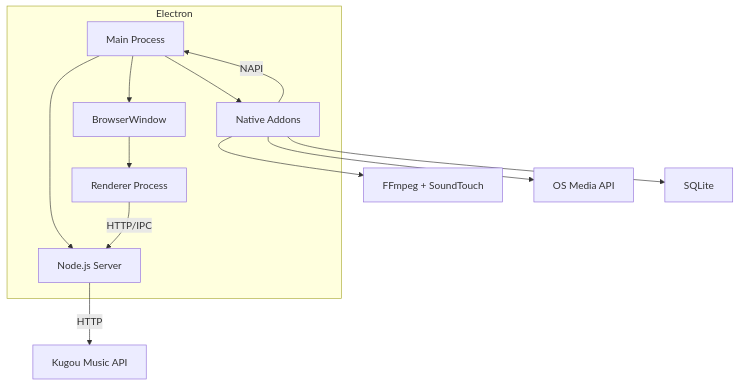
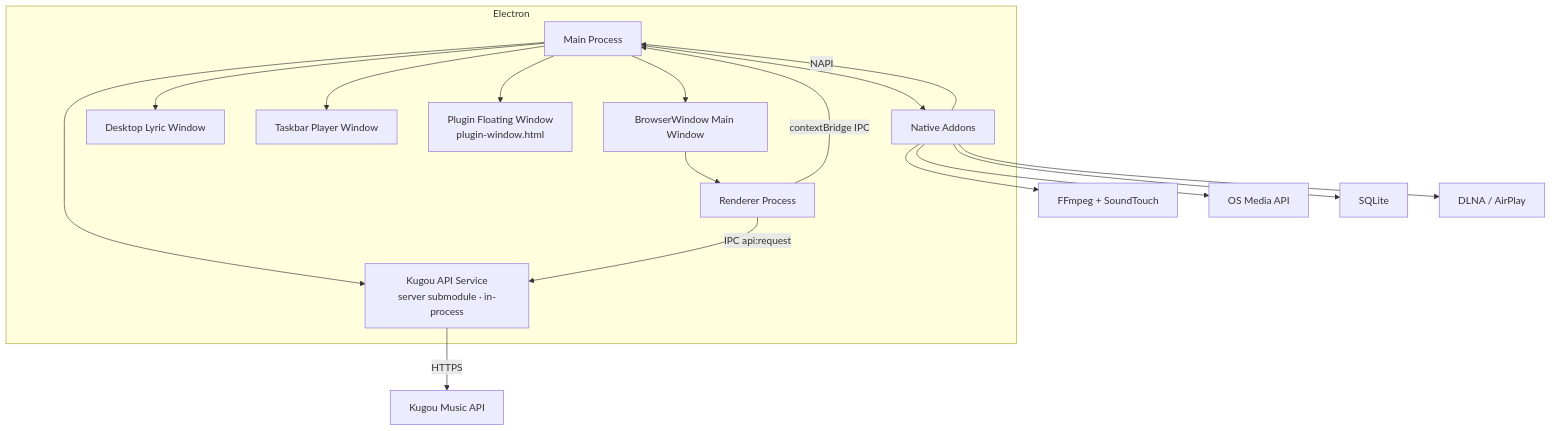
One commit to yaoyaoprincess/EchoMusic-docs changed the first of 4 diagrams in docs/en/develop/architecture.md. Above: the diagram before and after it, drawn with Mermaid. The commit also changed other lines of this file and 25 other files, not shown here.

````diff
--- a/docs/en/develop/architecture.md
+++ b/docs/en/develop/architecture.md
@@ -13,15 +13,20 @@
 ```mermaid
 graph TD
     subgraph Electron
-        A[Main Process] --> B[BrowserWindow]
+        A[Main Process] --> B[BrowserWindow Main Window]
+        A --> B2[Desktop Lyric Window]
+        A --> B3[Taskbar Player Window]
+        A --> B4[Plugin Floating Window<br/>plugin-window.html]
         B --> C[Renderer Process]
         A --> D[Native Addons]
-        A --> E[Node.js Server]
+        A --> E[Kugou API Service<br/>server submodule · in-process]
     end
-    C -->|HTTP/IPC| E
+    C -->|IPC api:request| E
+    C -->|contextBridge IPC| A
     D -->|NAPI| A
-    E -->|HTTP| F[Kugou Music API]
+    E -->|HTTPS| F[Kugou Music API]
     D --> G[FFmpeg + SoundTouch]
     D --> H[OS Media API]
     D --> I[SQLite]
+    D --> J[DLNA / AirPlay]
 ```
````
